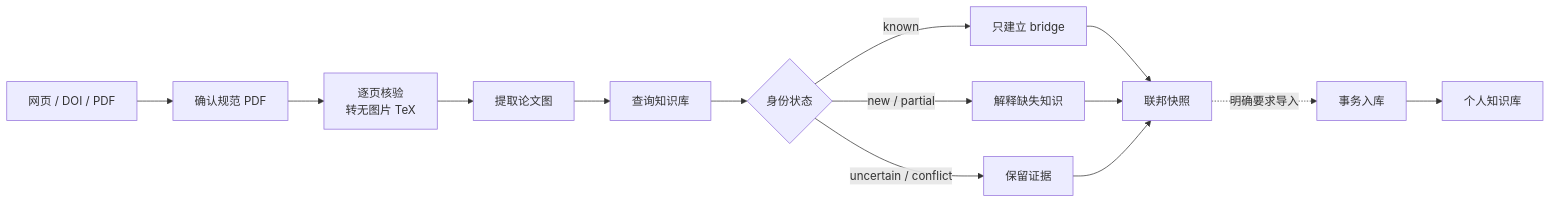
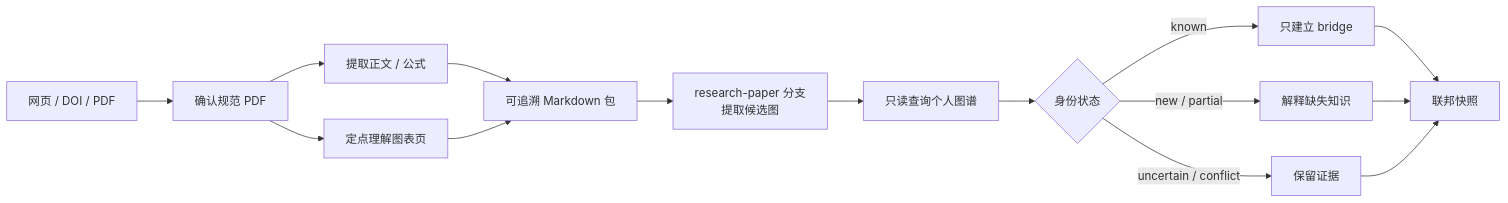
The fourth of 4 diagrams in skills/WORKFLOWS.md (qiulinfan/qiulinfan.github.io), drawn with Mermaid before and after one commit. The commit also changed other lines of this file and 23 other files, not shown here.

````diff
--- a/skills/WORKFLOWS.md
+++ b/skills/WORKFLOWS.md
@@ -84,16 +84,17 @@
 ```mermaid
 flowchart LR
     Input["网页 / DOI / PDF"] --> Find["确认规范 PDF"]
-    Find --> Prep["逐页核验<br/>转无图片 TeX"]
-    Prep --> Ext["提取论文图"]
-    Ext --> Ask["查询知识库"]
+    Find --> Text["提取正文 / 公式"]
+    Find --> Visual["定点理解图表页"]
+    Text --> MD["可追溯 Markdown 包"]
+    Visual --> MD
+    MD --> Ext["research-paper 分支<br/>提取候选图"]
+    Ext --> Ask["只读查询个人图谱"]
     Ask --> Gate{"身份状态"}
     Gate -->|known| Bridge["只建立 bridge"]
     Gate -->|new / partial| Entry["解释缺失知识"]
     Gate -->|uncertain / conflict| Review["保留证据"]
     Bridge --> Snap["联邦快照"]
     Entry --> Snap
     Review --> Snap
-    Snap -.->|明确要求导入| Put["事务入库"]
-    Put --> Brain["个人知识库"]
 ```
````
